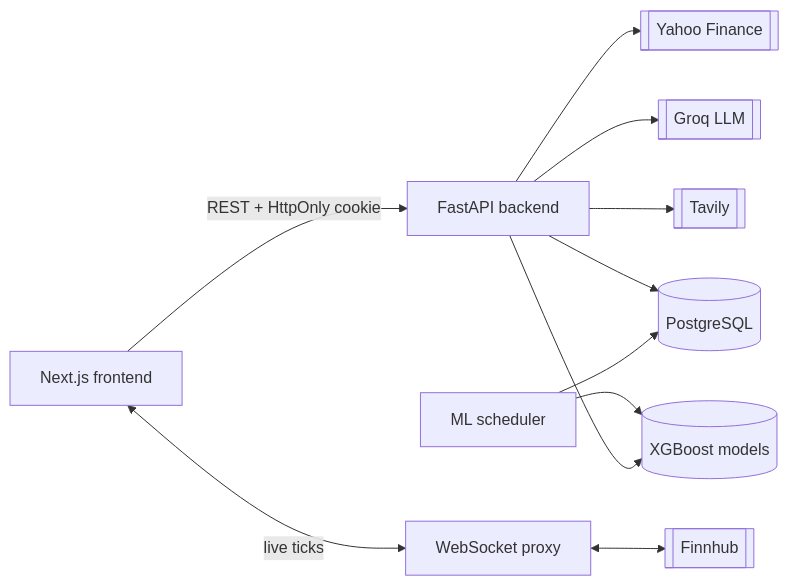
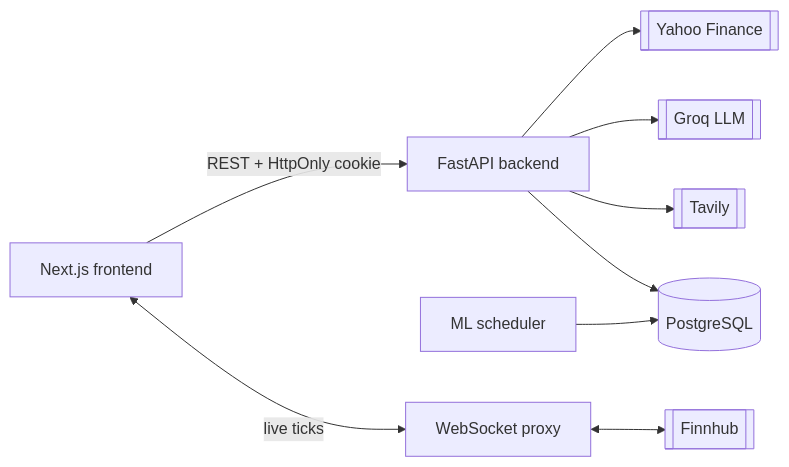
Before and after one commit to Jugalpatel3981/Stock-Analytics: the diagram in README.md, drawn with Mermaid. The commit also changed other lines of this file and 27 other files, not shown here.

````diff
--- a/README.md
+++ b/README.md
@@ -51,13 +51,11 @@
 ```mermaid
 flowchart LR
     UI[Next.js frontend] -->|REST + HttpOnly cookie| API[FastAPI backend]
     UI <-->|live ticks| WS[WebSocket proxy]
     WS <--> Finnhub[[Finnhub]]
     API --> Yahoo[[Yahoo Finance]]
     API --> Groq[[Groq LLM]]
     API --> Tavily[[Tavily]]
     API --> DB[(PostgreSQL)]
     Scheduler[ML scheduler] --> DB
-    Scheduler --> Models[(XGBoost models)]
-    API --> Models
 ```
````
